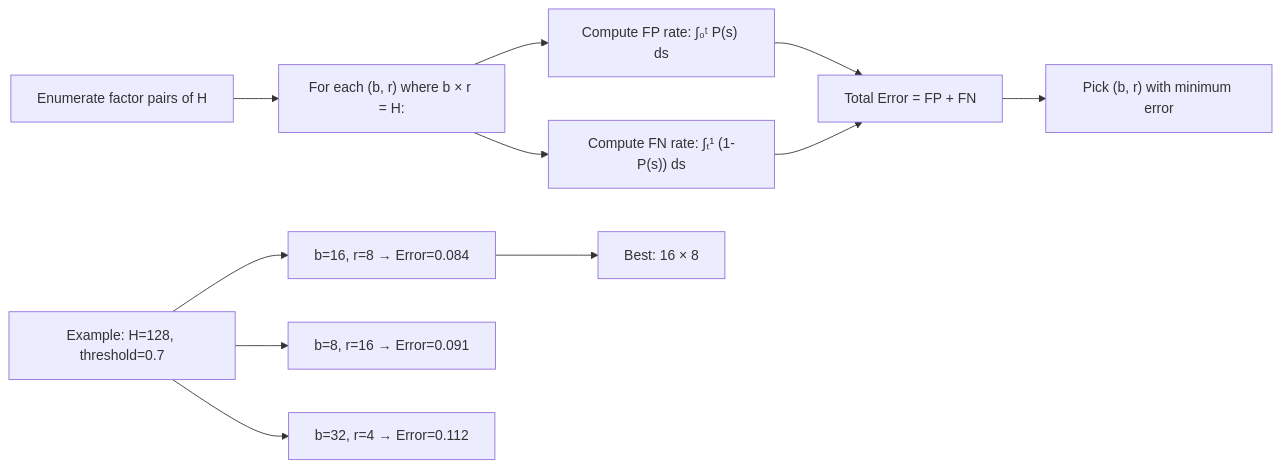
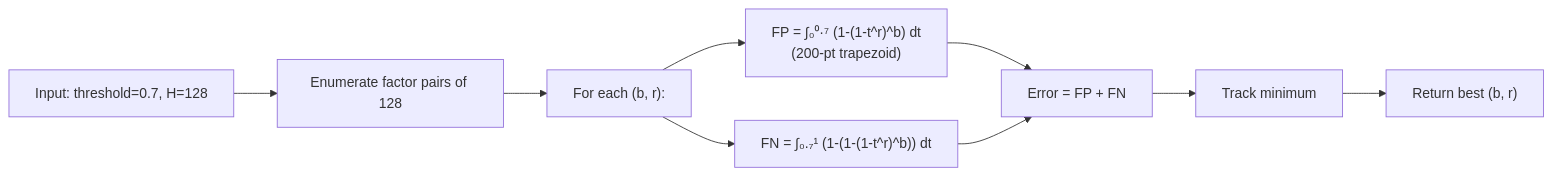
Before and after one commit to themankindproject/txtfp: the eighth of 9 diagrams in txt.md, drawn with Mermaid. The commit also changed other lines of this file and 1 other file, not shown here.

````diff
--- a/txt.md
+++ b/txt.md
@@ -924,16 +684,11 @@
 ```mermaid
 flowchart LR
-    A["Enumerate factor pairs of H"]
-    A --> B["For each (b, r) where b × r = H:"]
-    B --> C["Compute FP rate: ∫₀ᵗ P(s) ds"]
-    B --> D["Compute FN rate: ∫ₜ¹ (1-P(s)) ds"]
-    C --> E["Total Error = FP + FN"]
-    D --> E
-    E --> F["Pick (b, r) with minimum error"]
-
-    G["Example: H=128, threshold=0.7"]
-    G --> H["b=16, r=8 → Error=0.084"]
-    G --> I["b=8, r=16 → Error=0.091"]
-    G --> J["b=32, r=4 → Error=0.112"]
-    H --> K["Best: 16 × 8"]
+    A["Input: threshold=0.7, H=128"] --> B["Enumerate factor pairs of 128"]
+    B --> C["For each (b, r):"]
+    C --> D["FP = ∫₀⁰·⁷ (1-(1-t^r)^b) dt<br/>(200-pt trapezoid)"]
+    C --> E["FN = ∫₀.₇¹ (1-(1-(1-t^r)^b)) dt"]
+    D --> F["Error = FP + FN"]
+    E --> F
+    F --> G["Track minimum"]
+    G --> H["Return best (b, r)"]
 ```
````
